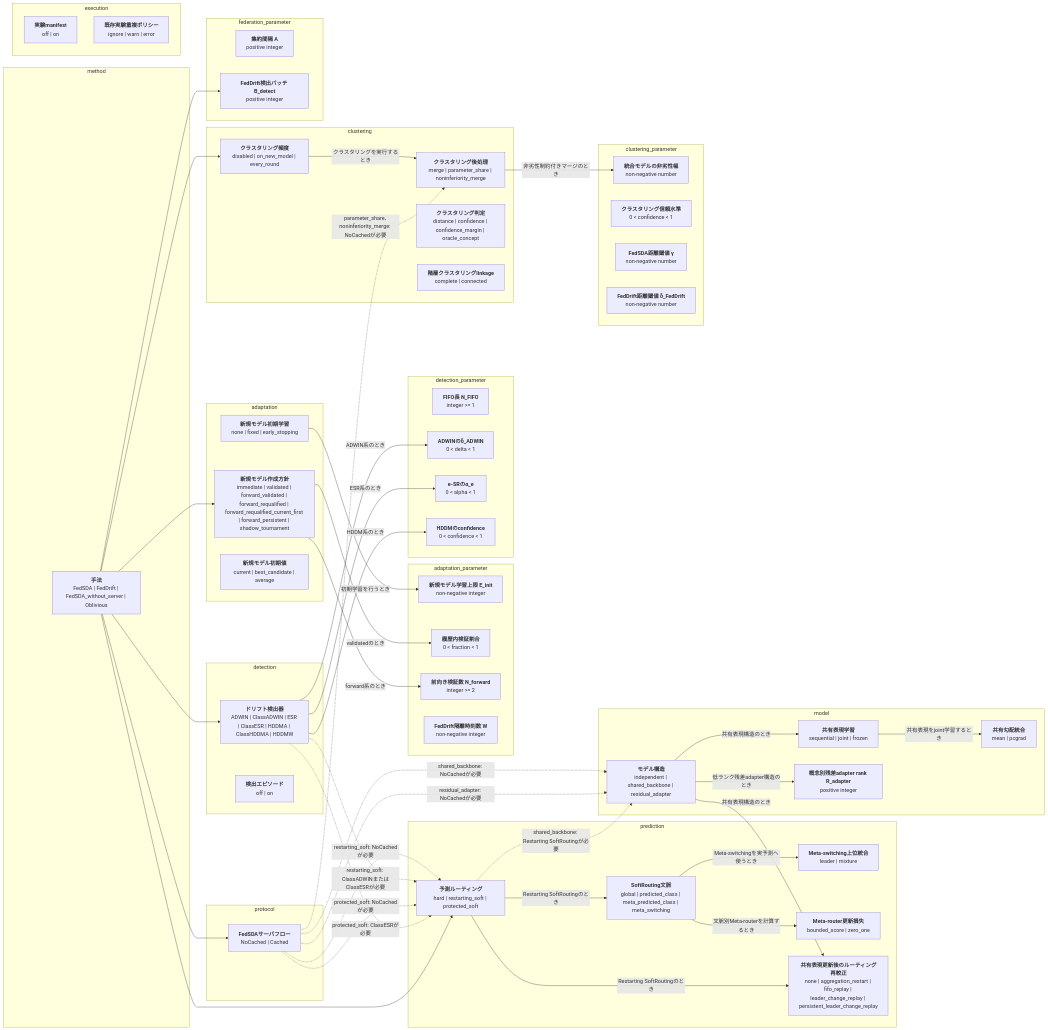
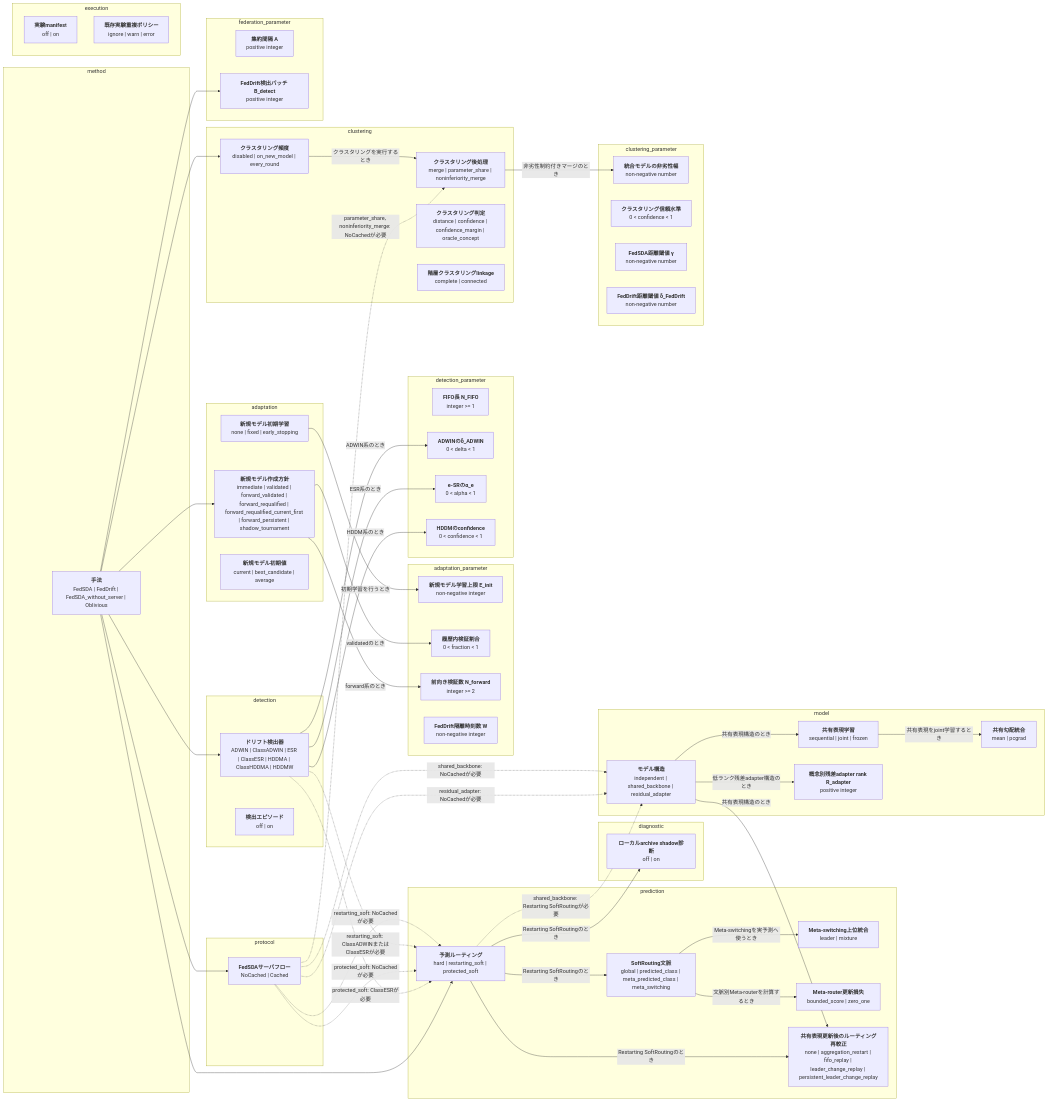
Before and after one commit to shimmen3141/FedSDA-experiment: the first of 2 diagrams in docs/options.md, drawn with Mermaid. The commit also changed other lines of this file and 15 other files, not shown here.

Commit message:
Add local archive shadow diagnostics

```diff
--- a/docs/options.md
+++ b/docs/options.md
@@ -33,6 +33,9 @@
     soft_routing_top_combination["<b>Meta-switching上位統合</b><br/>leader | mixture"]
     soft_routing_meta_loss["<b>Meta-router更新損失</b><br/>bounded_score | zero_one"]
     shared_backbone_routing_recalibration["<b>共有表現更新後のルーティング再較正</b><br/>none | aggregation_restart | fifo_replay | leader_change_replay | persistent_leader_change_replay"]
+  end
+  subgraph group_diagnostic[diagnostic]
+    routing_archive_shadow_diagnostics["<b>ローカルarchive shadow診断</b><br/>off | on"]
   end
   subgraph group_model[model]
     model_architecture["<b>モデル構造</b><br/>independent | shared_backbone | residual_adapter"]
@@ -80,6 +83,7 @@
   routing -->|"Restarting SoftRoutingのとき"| soft_routing_context
   soft_routing_context -->|"Meta-switchingを実予測へ使うとき"| soft_routing_top_combination
   soft_routing_context -->|"文脈別Meta-routerを計算するとき"| soft_routing_meta_loss
+  routing -->|"Restarting SoftRoutingのとき"| routing_archive_shadow_diagnostics
   model_architecture -->|"共有表現構造のとき"| shared_backbone_training
   shared_backbone_training -->|"共有表現をjoint学習するとき"| shared_backbone_gradient_strategy
   model_architecture -->|"共有表現構造のとき"| shared_backbone_routing_recalibration
```
